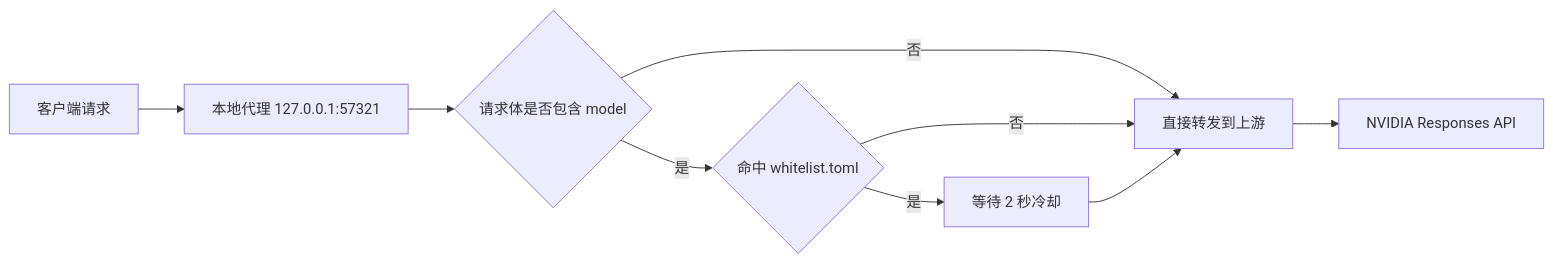
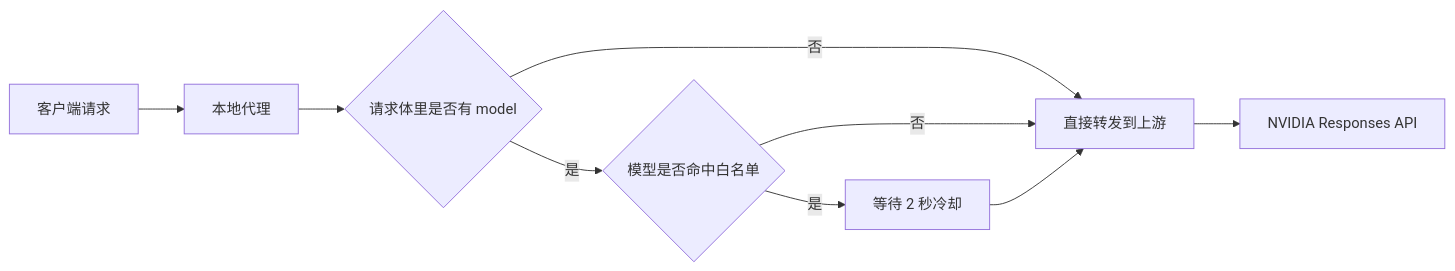
Before and after one commit to crazyzhang277/codex-daliy: the diagram in README.md, drawn with Mermaid. The commit also changed other lines of this file, not shown here.

````diff
--- a/README.md
+++ b/README.md
@@ -18,11 +24,11 @@
 ```mermaid
 flowchart LR
-  A["客户端请求"] --> B["本地代理 127.0.0.1:57321"]
-  B --> C{"请求体是否包含 model"}
+  A["客户端请求"] --> B["本地代理"]
+  B --> C{"请求体里是否有 model"}
   C -- 否 --> D["直接转发到上游"]
-  C -- 是 --> E{"命中 whitelist.toml"}
+  C -- 是 --> E{"模型是否命中白名单"}
   E -- 否 --> D
   E -- 是 --> F["等待 2 秒冷却"]
   F --> D
   D --> G["NVIDIA Responses API"]
 ```
````
